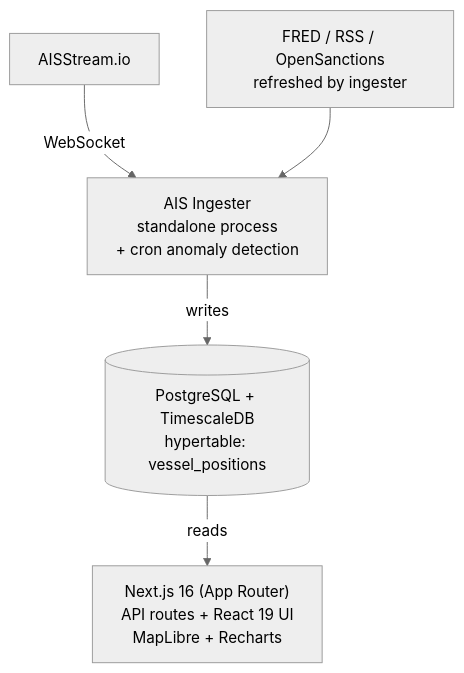
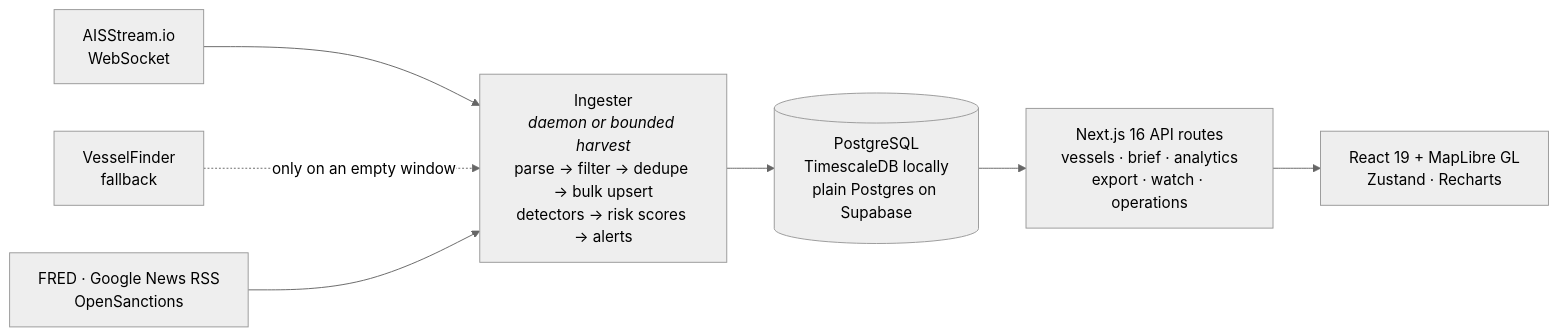
The diagram in README.md (randyren278/straits), drawn with Mermaid (neutral theme) before and after one commit. The commit also changed other lines of this file and 11 other files, not shown here.

````diff
--- a/README.md
+++ b/README.md
@@ -139,7 +107,10 @@
 ```mermaid
-flowchart TD
-    AIS["AISStream.io"] -->|WebSocket| ING["AIS Ingester<br/>standalone process<br/>+ cron anomaly detection"]
-    EXT["FRED / RSS / OpenSanctions<br/>refreshed by ingester"] --> ING
-    ING -->|writes| DB[("PostgreSQL + TimescaleDB<br/>hypertable: vessel_positions")]
-    DB -->|reads| APP["Next.js 16 (App Router)<br/>API routes + React 19 UI<br/>MapLibre + Recharts"]
+flowchart LR
+    AIS["AISStream.io<br/>WebSocket"] --> ING
+    FB["VesselFinder<br/>fallback"] -.->|only on an empty window| ING
+    ING["Ingester<br/><i>daemon or bounded harvest</i><br/>parse → filter → dedupe → bulk upsert<br/>detectors → risk scores → alerts"]
+    EXT["FRED · Google News RSS<br/>OpenSanctions"] --> ING
+    ING --> DB[("PostgreSQL<br/>TimescaleDB locally<br/>plain Postgres on Supabase")]
+    DB --> API["Next.js 16 API routes<br/>vessels · brief · analytics<br/>export · watch · operations"]
+    API --> UI["React 19 + MapLibre GL<br/>Zustand · Recharts"]
 ```
````
